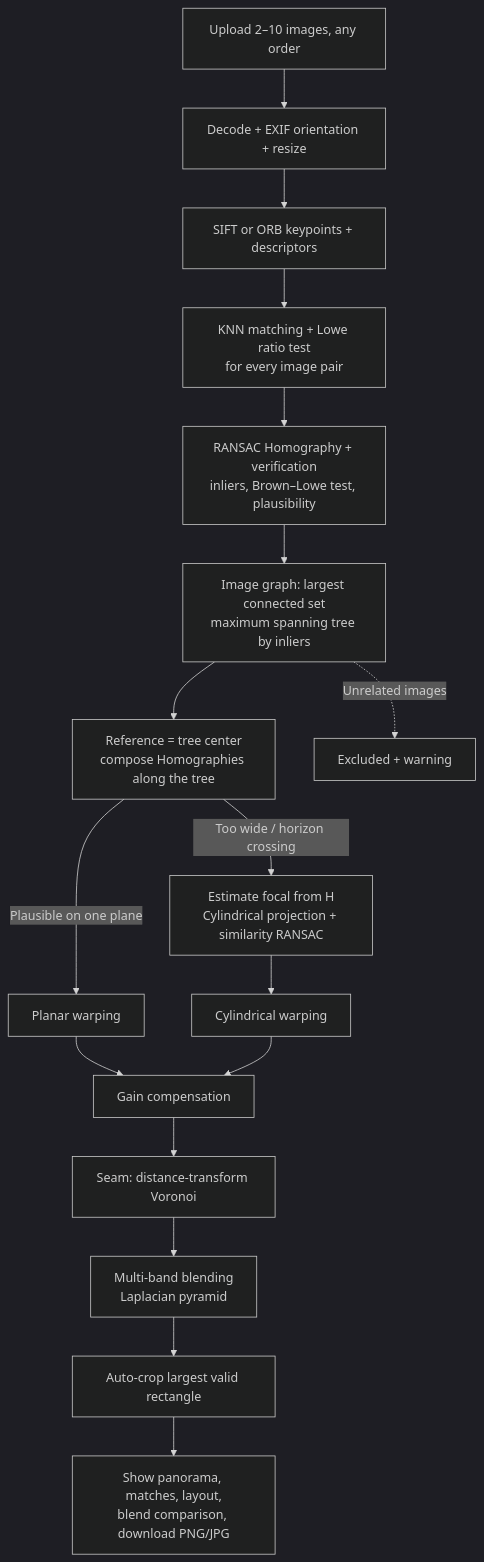
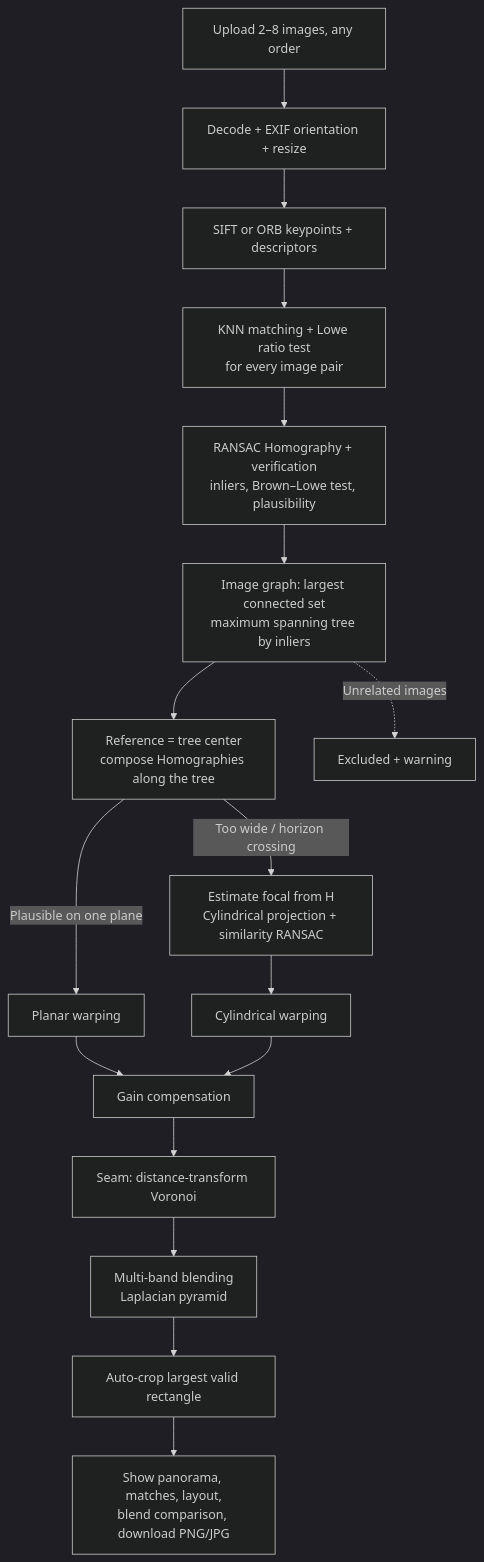
The diagram in PROJECT_REPORT_GUIDE.md (Worasakswu/CP461-Panorama-Stitcher), drawn with Mermaid (dark theme) before and after one commit. The commit also changed other lines of this file and 8 other files, not shown here.

````diff
--- a/PROJECT_REPORT_GUIDE.md
+++ b/PROJECT_REPORT_GUIDE.md
@@ -26,19 +26,19 @@
 ```mermaid
 flowchart TD
-    A[Upload 2–10 images, any order] --> B[Decode + EXIF orientation + resize]
+    A[Upload 2–8 images, any order] --> B[Decode + EXIF orientation + resize]
     B --> C[SIFT or ORB keypoints + descriptors]
     C --> D[KNN matching + Lowe ratio test<br/>for every image pair]
     D --> E[RANSAC Homography + verification<br/>inliers, Brown–Lowe test, plausibility]
     E --> F[Image graph: largest connected set<br/>maximum spanning tree by inliers]
     F --> G[Reference = tree center<br/>compose Homographies along the tree]
     G -->|Plausible on one plane| H[Planar warping]
     G -->|Too wide / horizon crossing| I[Estimate focal from H<br/>Cylindrical projection + similarity RANSAC]
     I --> H2[Cylindrical warping]
     H --> J[Gain compensation]
     H2 --> J
     J --> K[Seam: distance-transform Voronoi]
     K --> L[Multi-band blending<br/>Laplacian pyramid]
     L --> M[Auto-crop largest valid rectangle]
     M --> N[Show panorama, matches, layout,<br/>blend comparison, download PNG/JPG]
     F -.->|Unrelated images| X[Excluded + warning]
 ```
````
